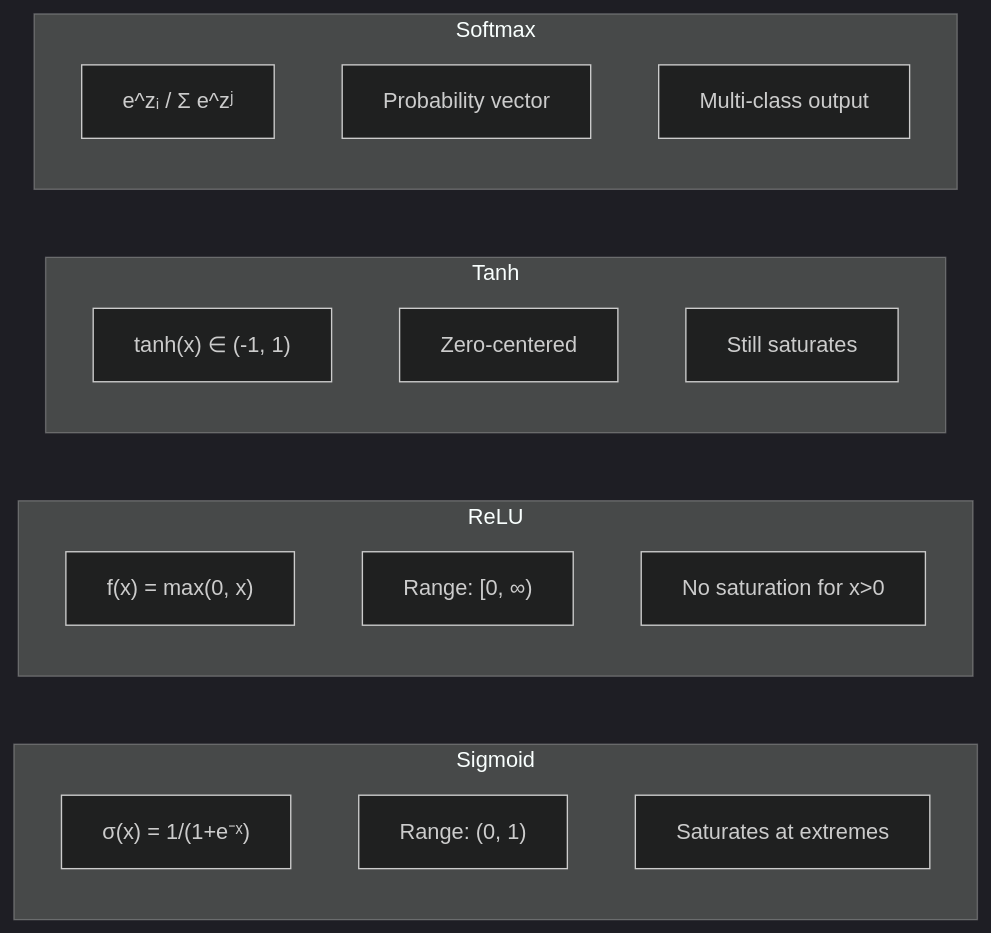
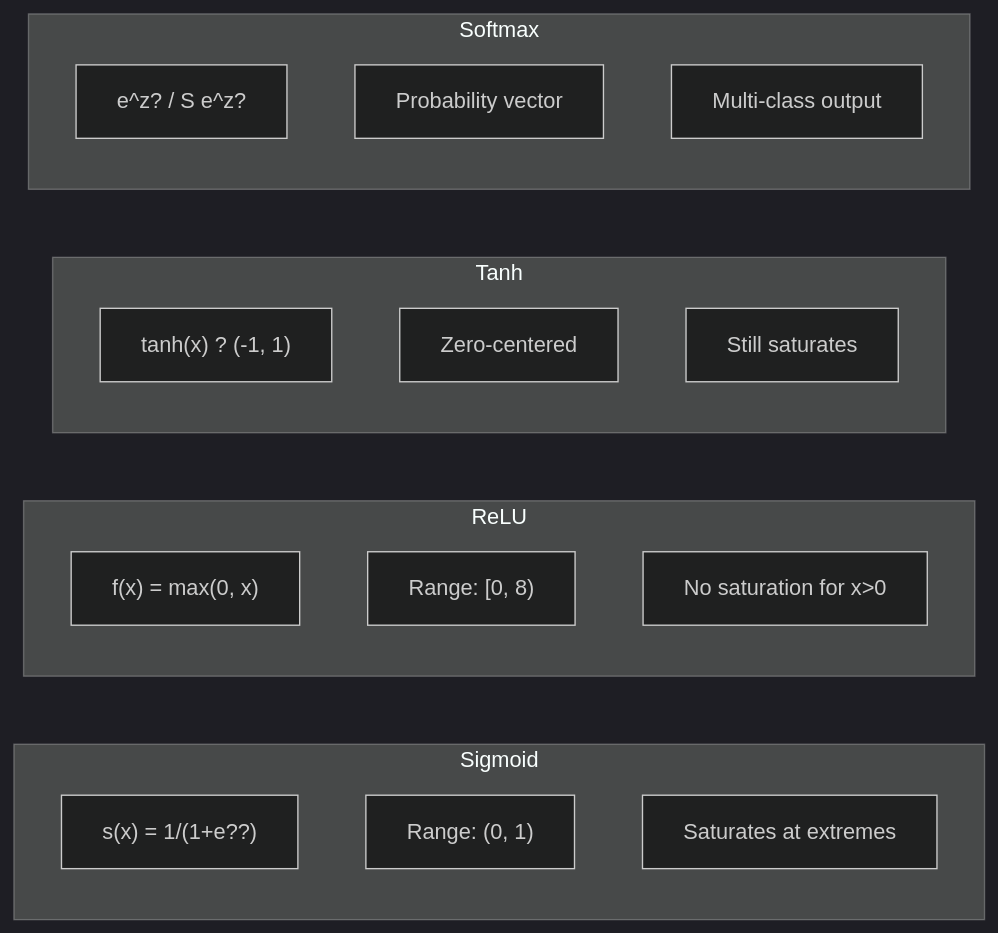
One commit to Raushan666java/ai-engineering-journey changed the second of 10 diagrams in docs/courses/machine-learning/07-neural-networks.md. Above: the diagram before and after it, drawn with Mermaid (dark theme). The commit also changed other lines of this file and 790 other files, not shown here.

Commit message:
Sync all course diagram renders and content updates

````diff
--- a/docs/courses/machine-learning/07-neural-networks.md
+++ b/docs/courses/machine-learning/07-neural-networks.md
@@ -72,23 +72,23 @@
 ```mermaid
 graph LR
     subgraph Sigmoid
-        S1["σ(x) = 1/(1+e⁻ˣ)"]
+        S1["s(x) = 1/(1+e??)"]
         S2["Range: (0, 1)"]
         S3["Saturates at extremes"]
     end
     subgraph ReLU
         R1["f(x) = max(0, x)"]
-        R2["Range: [0, ∞)"]
+        R2["Range: [0, 8)"]
         R3["No saturation for x>0"]
     end
     subgraph Tanh
-        T1["tanh(x) ∈ (-1, 1)"]
+        T1["tanh(x) ? (-1, 1)"]
         T2["Zero-centered"]
         T3["Still saturates"]
     end
     subgraph Softmax
-        SM1["e^zᵢ / Σ e^zʲ"]
+        SM1["e^z? / S e^z?"]
         SM2["Probability vector"]
         SM3["Multi-class output"]
     end
 ```
````
